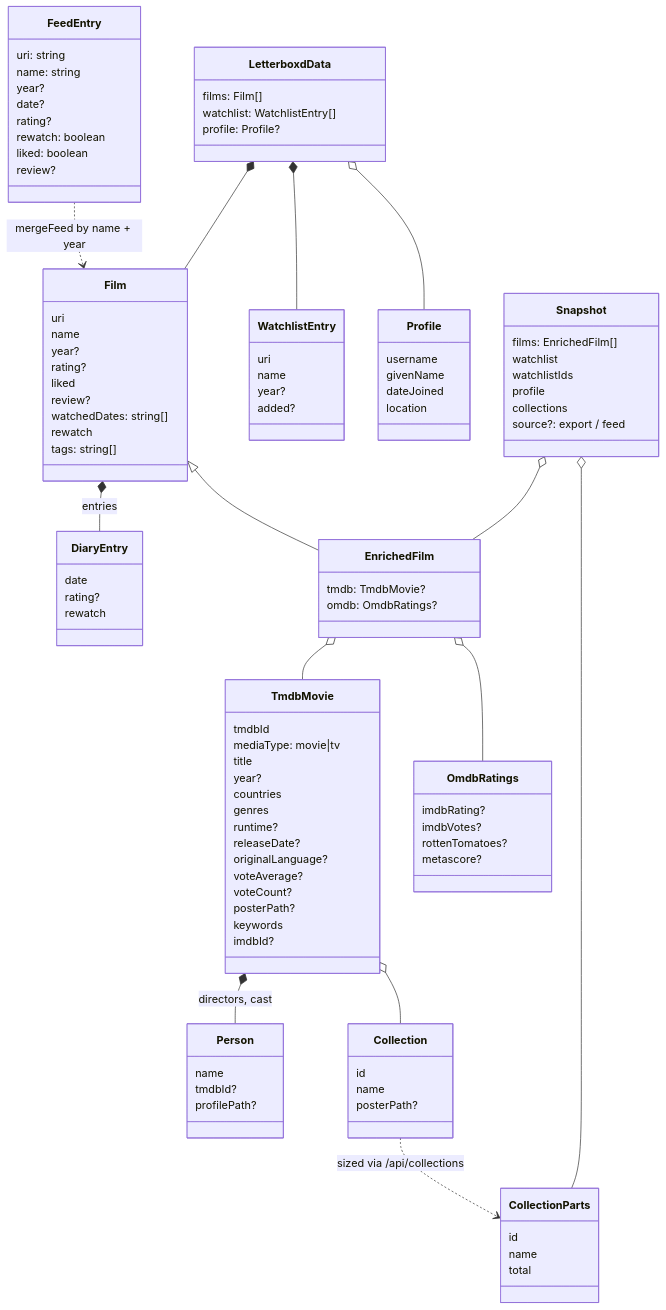
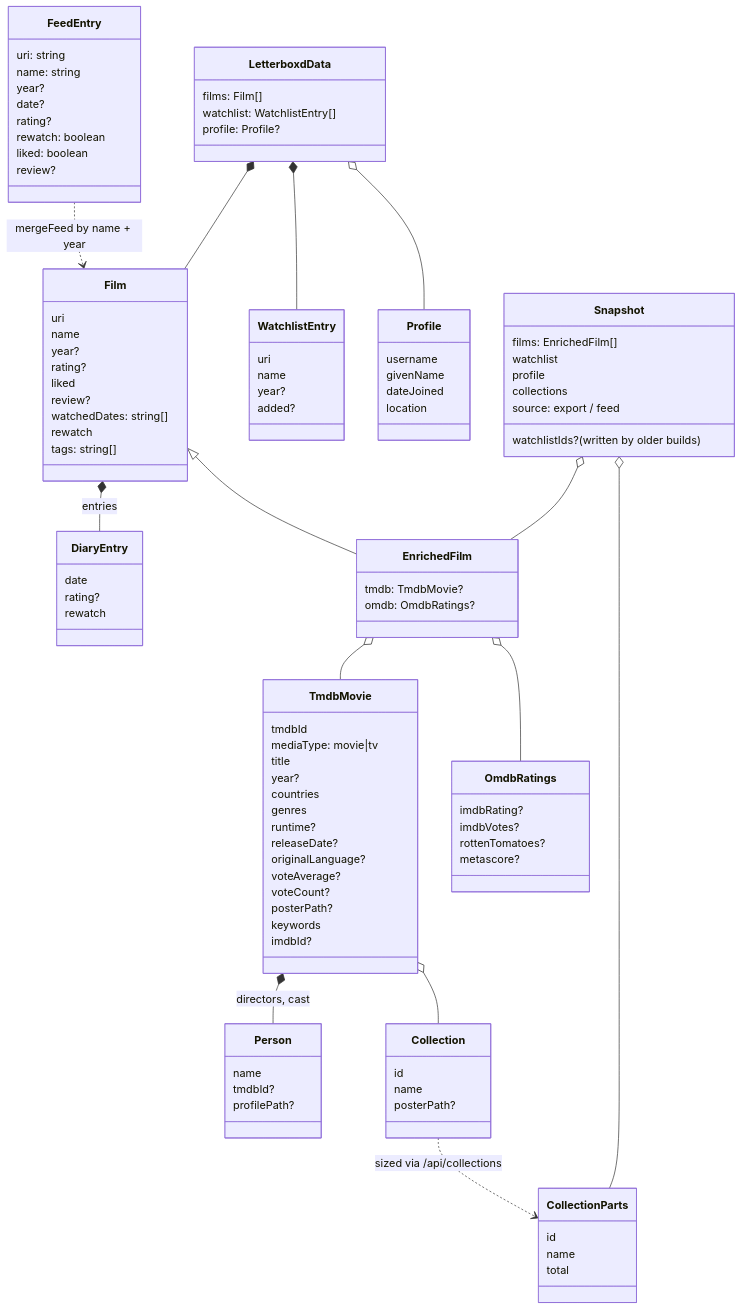
Before and after one commit to LaurinSorgend/letterboxd-vizard: the seventh of 26 diagrams in docs/ARCHITECTURE.md, drawn with Mermaid. The commit also changed other lines of this file and 319 other files, not shown here.

```diff
--- a/docs/ARCHITECTURE.md
+++ b/docs/ARCHITECTURE.md
@@ -341,10 +415,10 @@
     class Snapshot {
         films: EnrichedFilm[]
         watchlist
-        watchlistIds
+        watchlistIds? (written by older builds)
         profile
         collections
-        source?: export / feed
+        source: export / feed
     }
     class FeedEntry {
         uri: string
```
